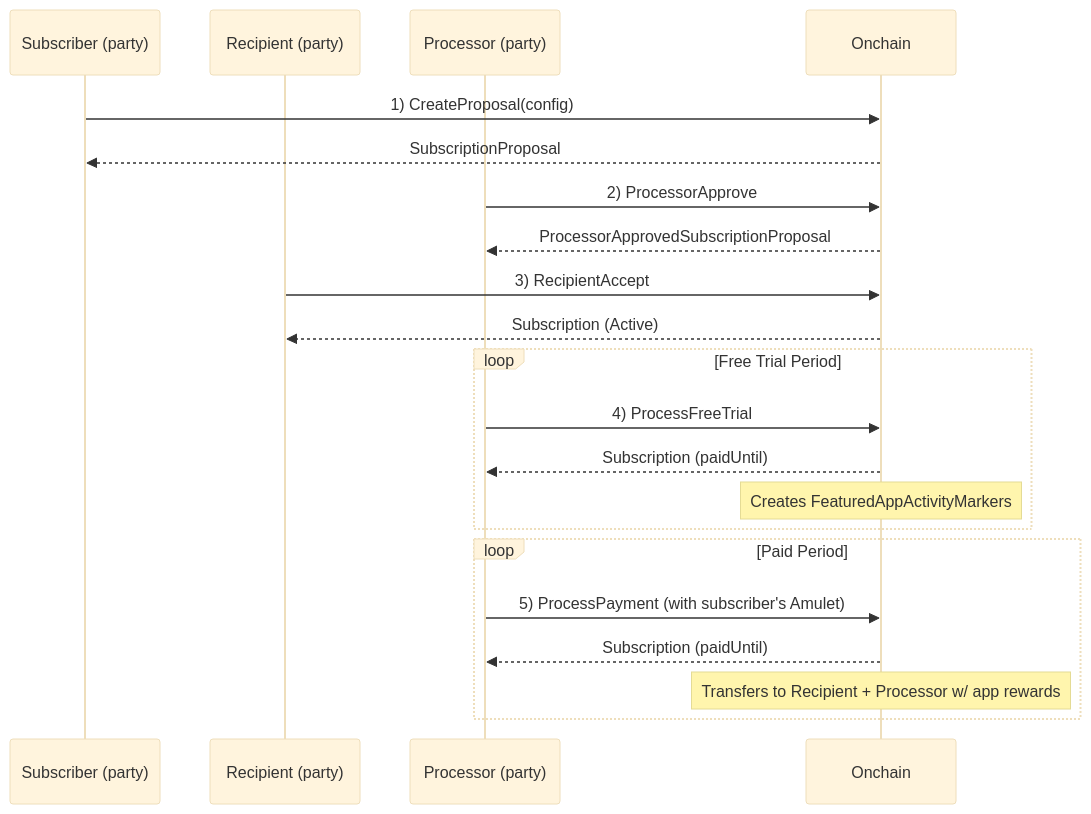
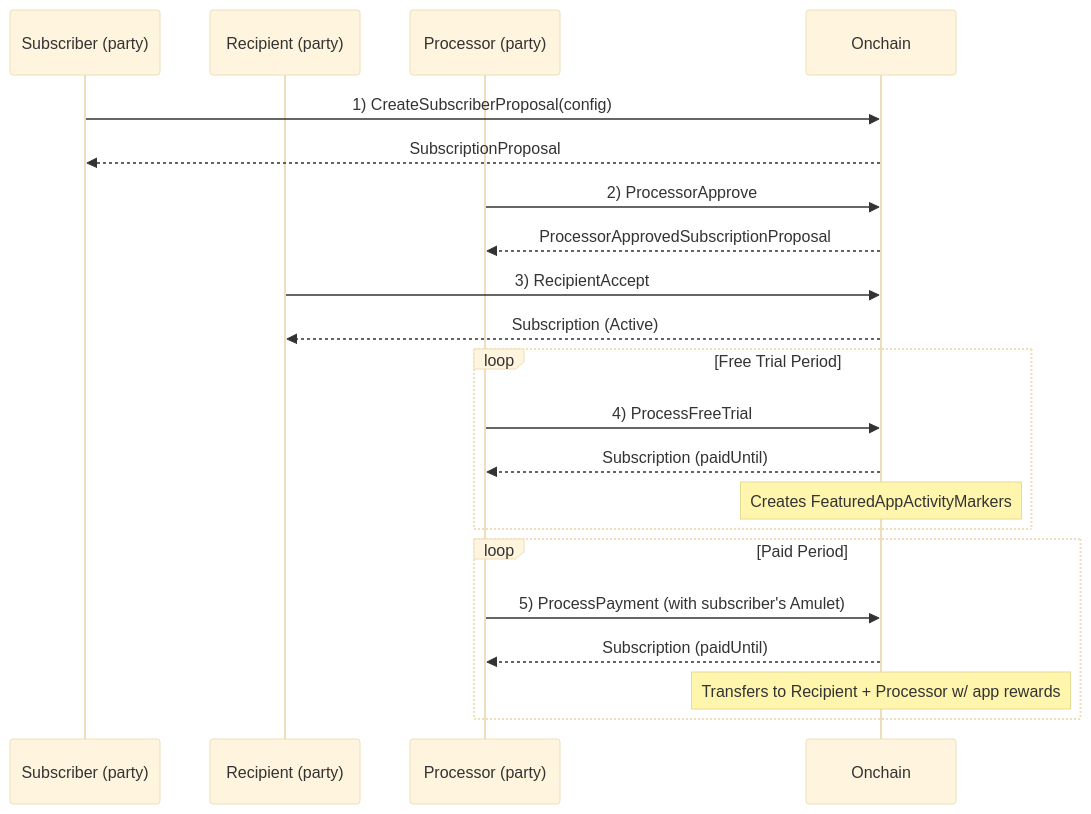
One commit to Fairmint/open-captable-protocol-daml changed the first of 2 diagrams in Subscriptions-v01/README.md. Above: the diagram before and after it, drawn with Mermaid (base theme). The commit also changed other lines of this file and 30 other files, not shown here.

````diff
--- a/Subscriptions-v01/README.md
+++ b/Subscriptions-v01/README.md
@@ -36,28 +40,28 @@
 ```mermaid
 sequenceDiagram
     participant S as Subscriber (party)
     participant R as Recipient (party)
     participant P as Processor (party)
     participant O as Onchain
     
-    S->>O: 1) CreateProposal(config)
+    S->>O: 1) CreateSubscriberProposal(config)
     O-->>S: SubscriptionProposal
     
     P->>O: 2) ProcessorApprove
     O-->>P: ProcessorApprovedSubscriptionProposal
     
     R->>O: 3) RecipientAccept
     O-->>R: Subscription (Active)
     
     loop Free Trial Period
         P->>O: 4) ProcessFreeTrial
         O-->>P: Subscription (paidUntil)
         Note over O: Creates FeaturedAppActivityMarkers
     end
     
     loop Paid Period
         P->>O: 5) ProcessPayment (with subscriber's Amulet)
         O-->>P: Subscription (paidUntil)
         Note over O: Transfers to Recipient + Processor w/ app rewards
     end
 ```
````
